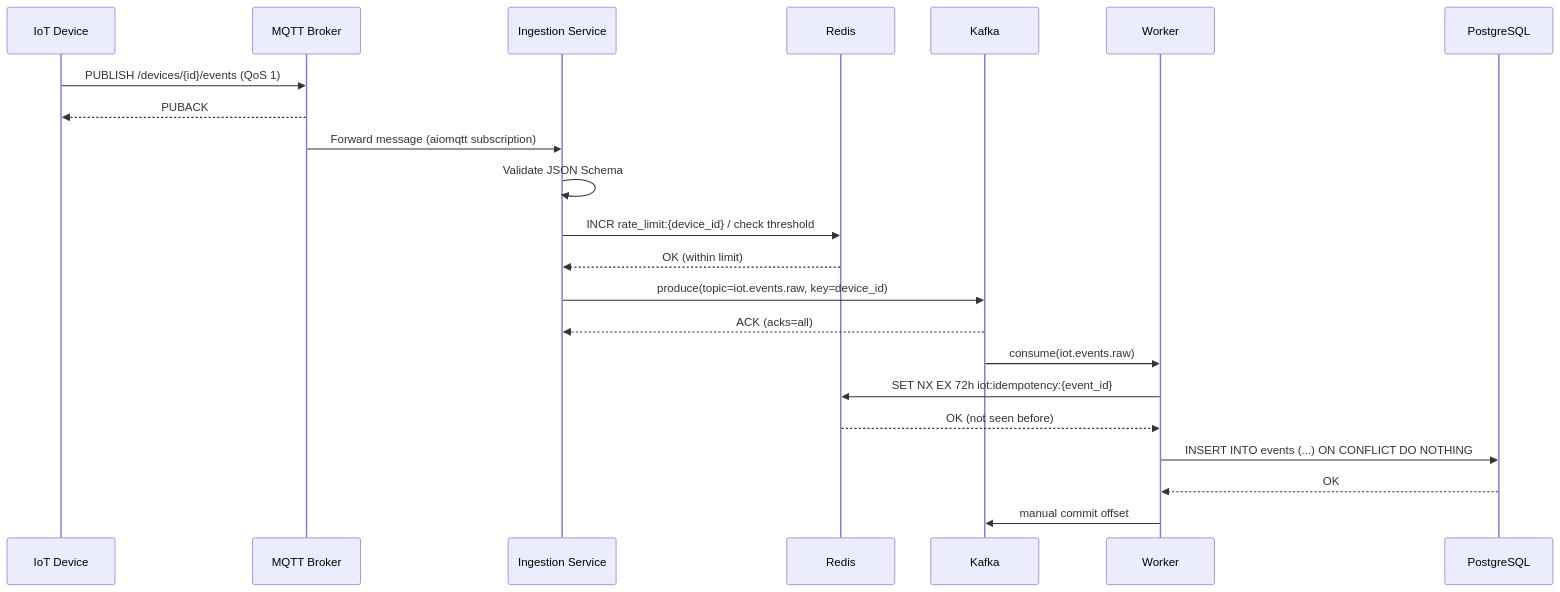
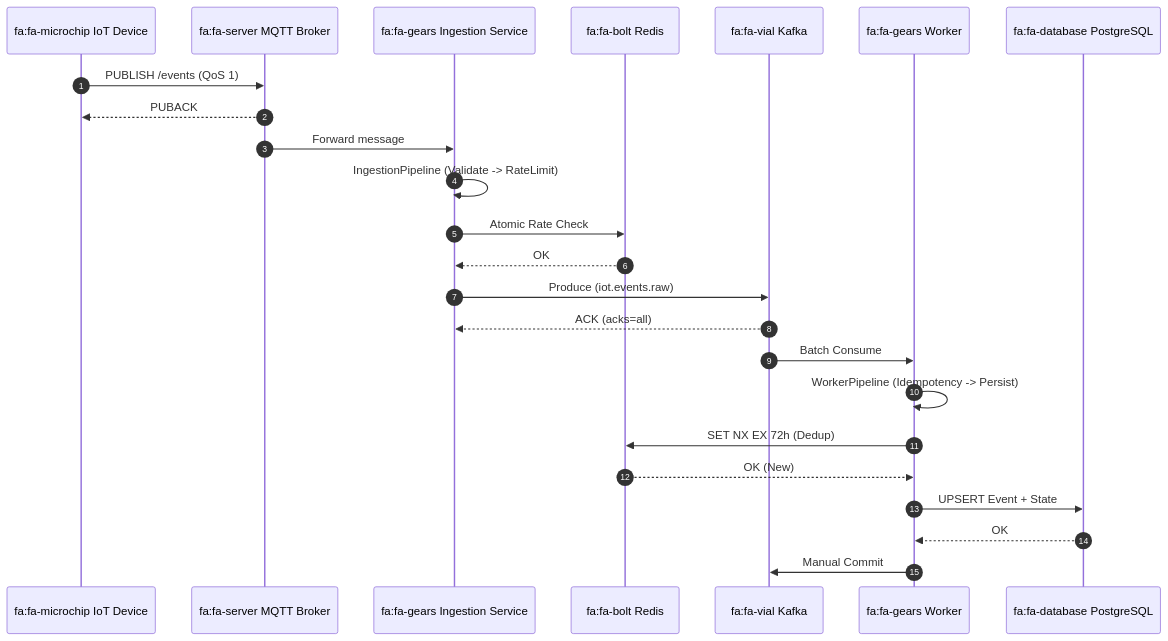
One commit to umeshror/iotflow-distributed-system changed the second of 4 diagrams in docs/system_design.md. Above: the diagram before and after it, drawn with Mermaid. The commit also changed other lines of this file and 38 other files, not shown here.

Commit message:
Introduced IOT Flow

````diff
--- a/docs/system_design.md
+++ b/docs/system_design.md
@@ -143,25 +145,27 @@
 ```mermaid
 sequenceDiagram
-    participant D as IoT Device
-    participant MB as MQTT Broker
-    participant IS as Ingestion Service
-    participant R as Redis
-    participant K as Kafka
-    participant W as Worker
-    participant PG as PostgreSQL
+    autonumber
+    participant D as fa:fa-microchip IoT Device
+    participant MB as fa:fa-server MQTT Broker
+    participant IS as fa:fa-gears Ingestion Service
+    participant R as fa:fa-bolt Redis
+    participant K as fa:fa-vial Kafka
+    participant W as fa:fa-gears Worker
+    participant PG as fa:fa-database PostgreSQL
 
-    D->>MB: PUBLISH /devices/{id}/events (QoS 1)
+    D->>MB: PUBLISH /events (QoS 1)
     MB-->>D: PUBACK
-    MB->>IS: Forward message (aiomqtt subscription)
-    IS->>IS: Validate JSON Schema
-    IS->>R: INCR rate_limit:{device_id} / check threshold
-    R-->>IS: OK (within limit)
-    IS->>K: produce(topic=iot.events.raw, key=device_id)
+    MB->>IS: Forward message
+    IS->>IS: IngestionPipeline (Validate -> RateLimit)
+    IS->>R: Atomic Rate Check
+    R-->>IS: OK
+    IS->>K: Produce (iot.events.raw)
     K-->>IS: ACK (acks=all)
-    K->>W: consume(iot.events.raw)
-    W->>R: SET NX EX 72h iot:idempotency:{event_id}
-    R-->>W: OK (not seen before)
-    W->>PG: INSERT INTO events (...) ON CONFLICT DO NOTHING
+    K->>W: Batch Consume
+    W->>W: WorkerPipeline (Idempotency -> Persist)
+    W->>R: SET NX EX 72h (Dedup)
+    R-->>W: OK (New)
+    W->>PG: UPSERT Event + State
     PG-->>W: OK
-    W->>K: manual commit offset
+    W->>K: Manual Commit
 ```
````
